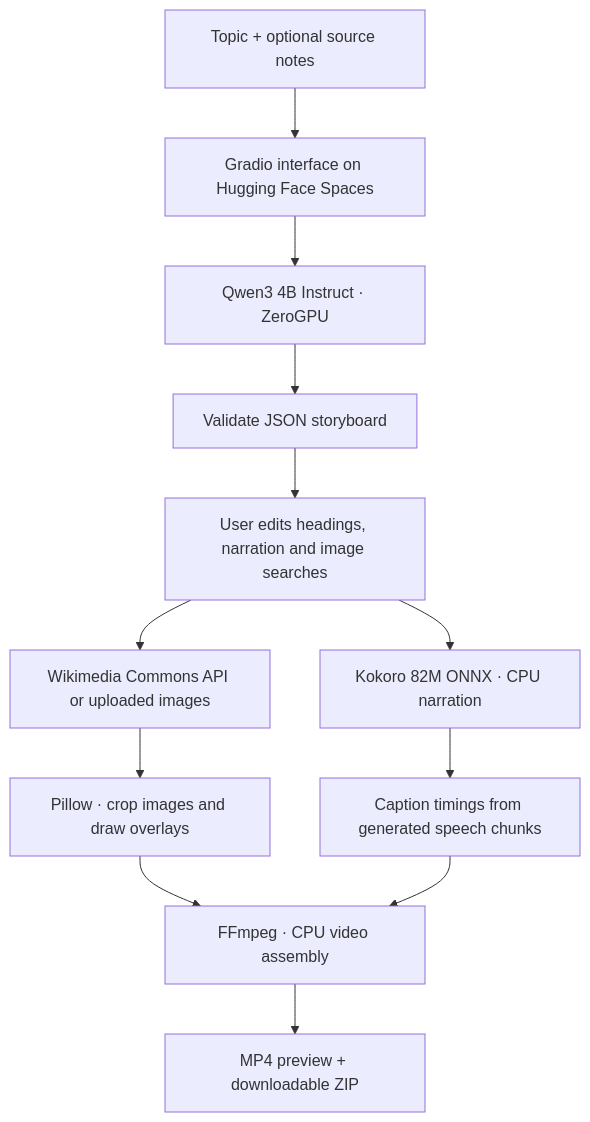
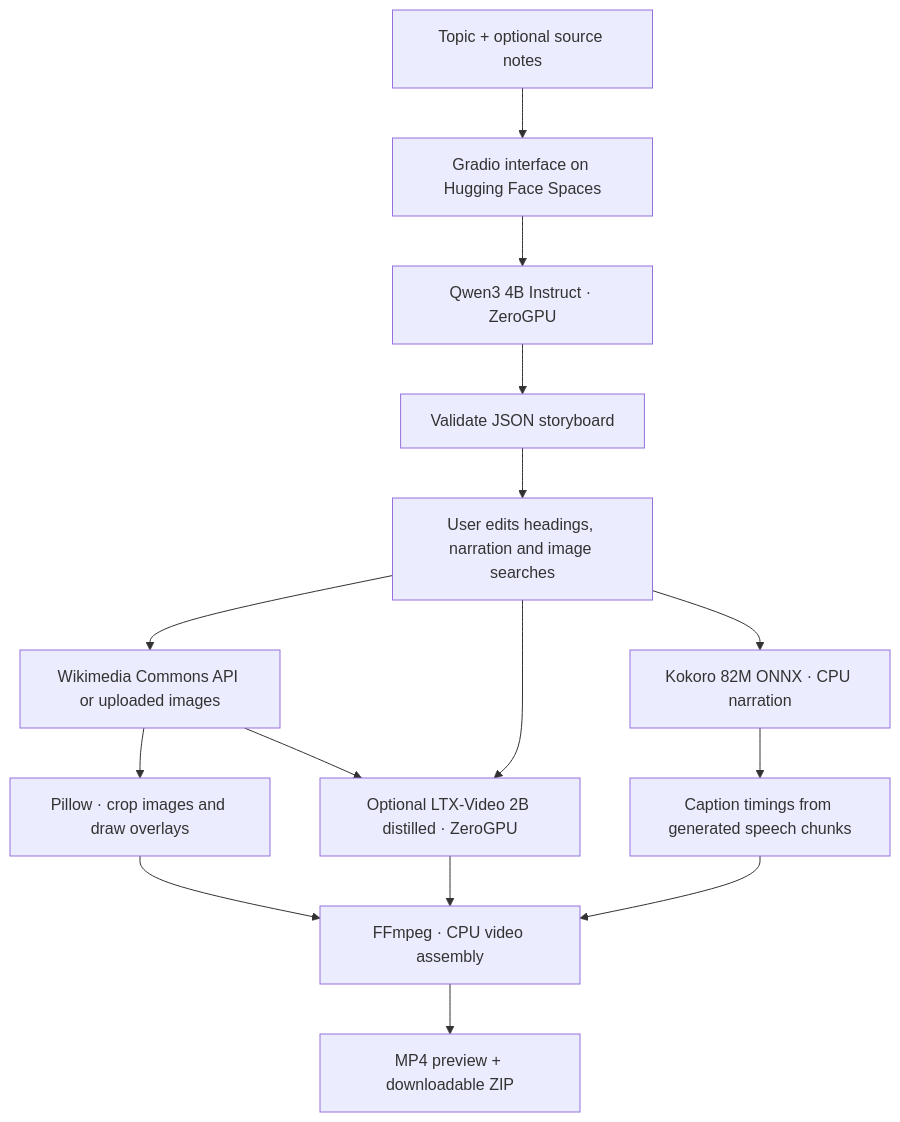
The diagram in README.md (HuayuanSong/storycut), drawn with Mermaid before and after one commit. The commit also changed other lines of this file and 6 other files, not shown here.

Commit message:
Add optional storyboard-guided image-to-video motion

````diff
--- a/README.md
+++ b/README.md
@@ -26,14 +29,17 @@
 ```mermaid
 flowchart TD
     U[Topic + optional source notes] --> UI[Gradio interface on Hugging Face Spaces]
     UI --> Q[Qwen3 4B Instruct · ZeroGPU]
     Q --> V[Validate JSON storyboard]
     V --> E[User edits headings, narration and image searches]
     E --> I[Wikimedia Commons API or uploaded images]
     E --> K[Kokoro 82M ONNX · CPU narration]
     I --> P[Pillow · crop images and draw overlays]
+    I --> L[Optional LTX-Video 2B distilled · ZeroGPU]
+    E --> L
     K --> T[Caption timings from generated speech chunks]
     P --> F[FFmpeg · CPU video assembly]
+    L --> F
     T --> F
     F --> D[MP4 preview + downloadable ZIP]
 ```
````
